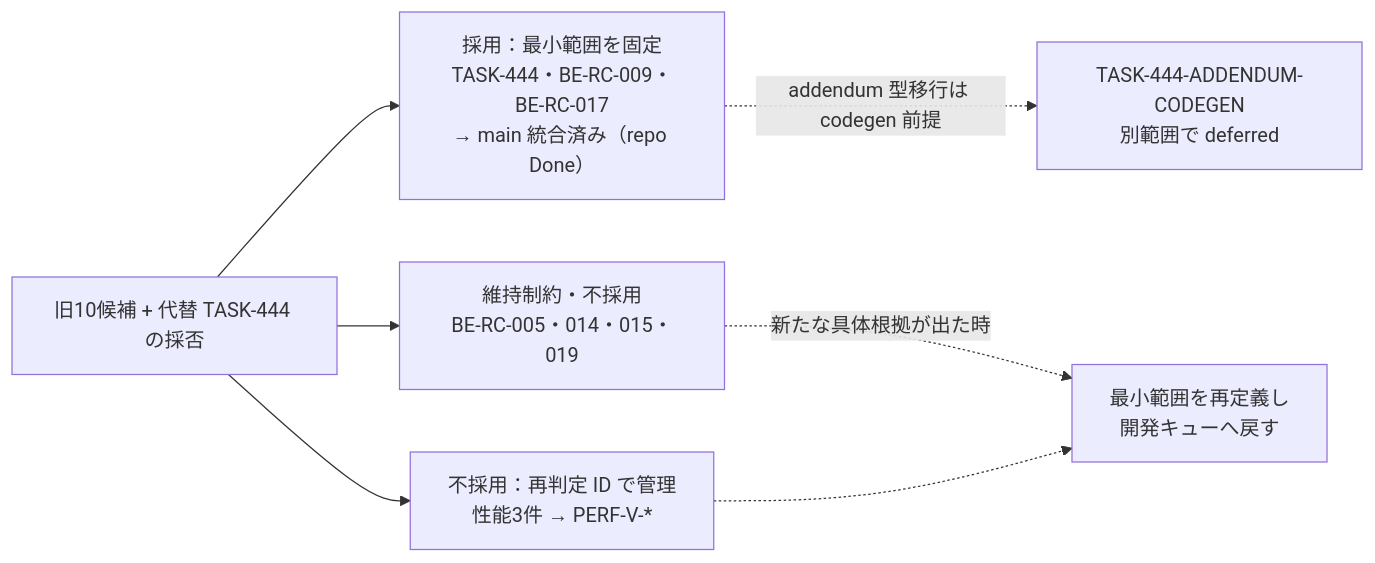
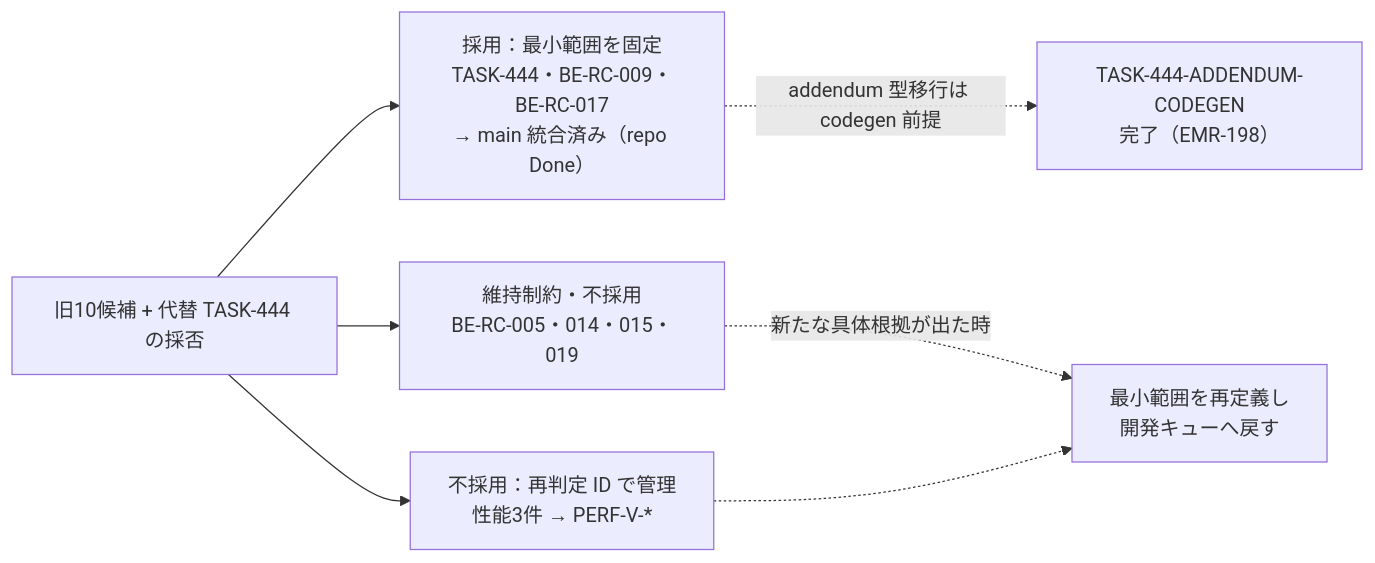
Before and after one commit to MinoruSoga/AnimalEkarte: the diagram in docs/work/development-task-decisions.md, drawn with Mermaid. The commit also changed other lines of this file and 4 other files, not shown here.

````diff
--- a/docs/work/development-task-decisions.md
+++ b/docs/work/development-task-decisions.md
@@ -9,10 +9,10 @@
 ```mermaid
 flowchart LR
     C["旧10候補 + 代替 TASK-444 の採否"]
     C --> A["採用：最小範囲を固定<br>TASK-444・BE-RC-009・BE-RC-017<br>→ main 統合済み（repo Done）"]
     C --> K["維持制約・不採用<br>BE-RC-005・014・015・019"]
     C --> P["不採用：再判定 ID で管理<br>性能3件 → PERF-V-*"]
-    A -.->|addendum 型移行は codegen 前提| DF["TASK-444-ADDENDUM-CODEGEN<br>別範囲で deferred"]
+    A -.->|addendum 型移行は codegen 前提| DF["TASK-444-ADDENDUM-CODEGEN<br>完了（EMR-198）"]
     K -.->|新たな具体根拠が出た時| Q["最小範囲を再定義し<br>開発キューへ戻す"]
     P -.-> Q
 ```
````
